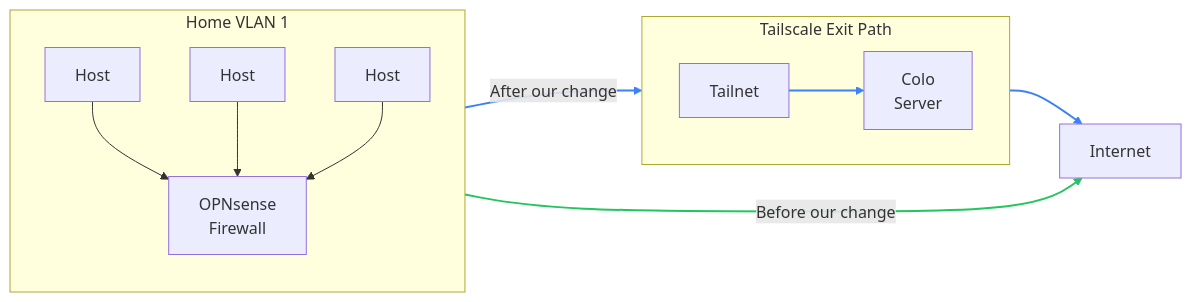
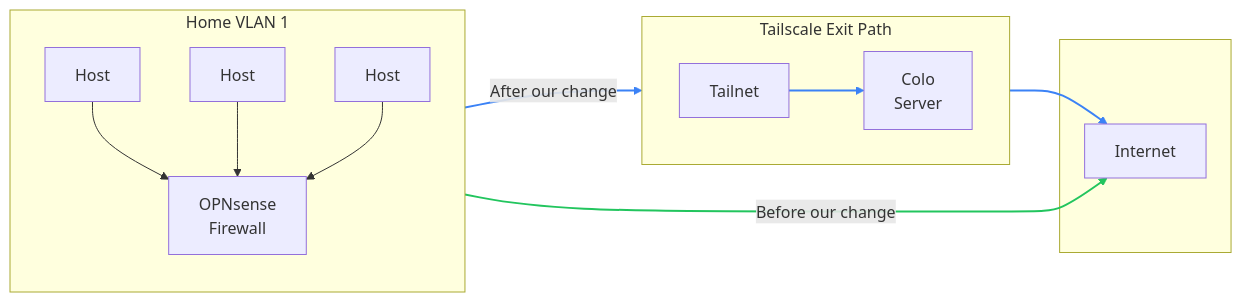
Before and after one commit to ndom91/home26: the diagram in content/blog/opnsense-multiwan/index.mdx, drawn with Mermaid. The commit also changed 4 other files, not shown here.

Commit message:
Update multi-wan mermaid

````diff
--- a/content/blog/opnsense-multiwan/index.mdx
+++ b/content/blog/opnsense-multiwan/index.mdx
@@ -18,18 +18,21 @@
 ```mermaid
 flowchart LR
   subgraph vlan["Home VLAN 1"]
     direction TB
     H1[Host] --> FW["OPNsense<br/>Firewall"]
     H2[Host] --> FW
     H3[Host] --> FW
   end
   FW -->|Before our change| NET["Internet"]
   subgraph exit["Tailscale Exit Path"]
     direction LR
     TS["Tailnet"] --> COLO["Colo<br/>Server"]
   end
+  subgraph wan[" "]
+    NET
+  end
   FW -->|After our change| TS
   COLO --> NET
   linkStyle 3 stroke:#22c55e,stroke-width:2px
   linkStyle 4,5,6 stroke:#3b82f6,stroke-width:2px
 ```
````
